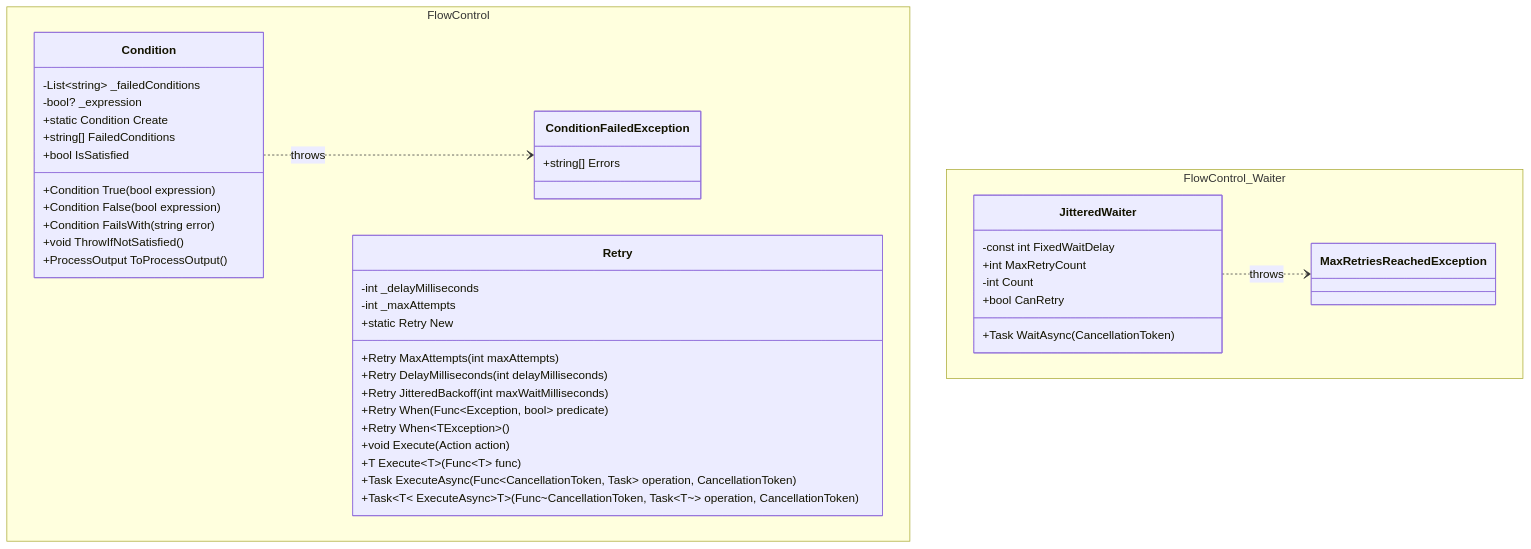
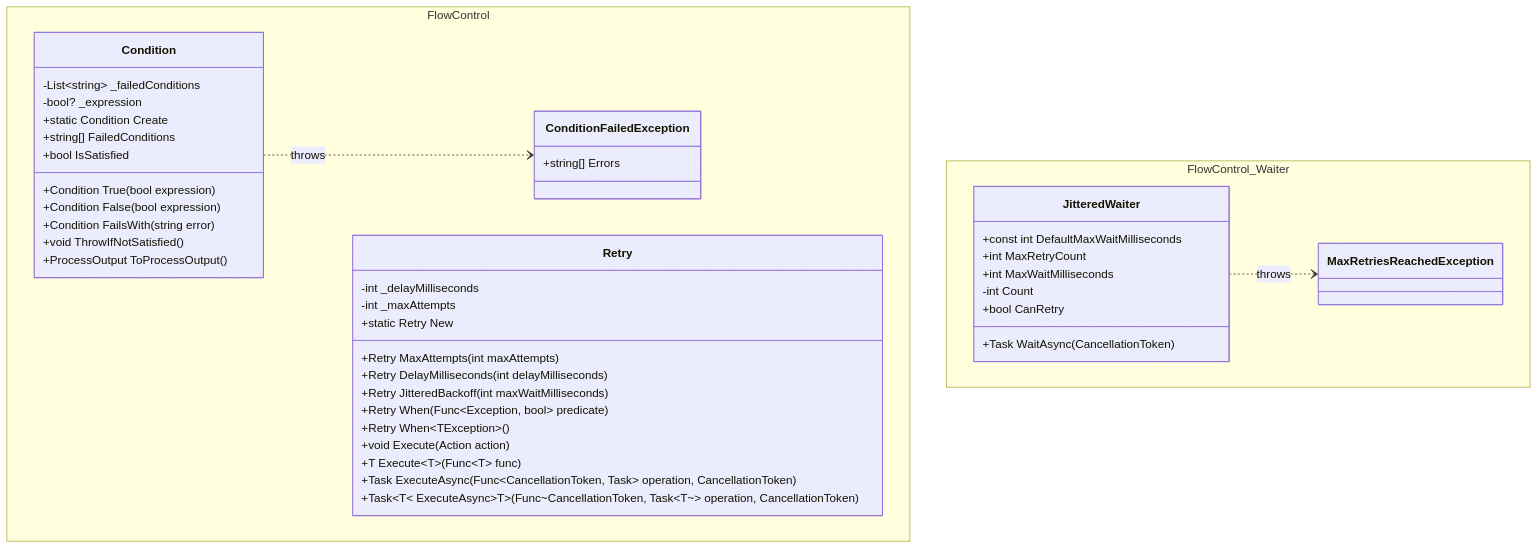
Before and after one commit to artur-rios/dotnet-util: the diagram in docs/content/en/docs/flow-control.md, drawn with Mermaid. The commit also changed 17 other files, not shown here.

````diff
--- a/docs/content/en/docs/flow-control.md
+++ b/docs/content/en/docs/flow-control.md
@@ -18,46 +18,47 @@
 ```mermaid
 classDiagram
     namespace FlowControl {
         class Condition {
             -List~string~ _failedConditions
             -bool? _expression
             +static Condition Create
             +string[] FailedConditions
             +bool IsSatisfied
             +Condition True(bool expression)
             +Condition False(bool expression)
             +Condition FailsWith(string error)
             +void ThrowIfNotSatisfied()
             +ProcessOutput ToProcessOutput()
         }
         class ConditionFailedException {
             +string[] Errors
         }
         class Retry {
             -int _delayMilliseconds
             -int _maxAttempts
             +static Retry New
             +Retry MaxAttempts(int maxAttempts)
             +Retry DelayMilliseconds(int delayMilliseconds)
             +Retry JitteredBackoff(int maxWaitMilliseconds)
             +Retry When(Func~Exception, bool~ predicate)
             +Retry When~TException~()
             +void Execute(Action action)
             +T Execute~T~(Func~T~ func)
             +Task ExecuteAsync(Func~CancellationToken, Task~ operation, CancellationToken)
             +Task~T~ ExecuteAsync~T~(Func~CancellationToken, Task~T~~ operation, CancellationToken)
         }
     }
     namespace FlowControl_Waiter {
         class JitteredWaiter {
-            -const int FixedWaitDelay
+            +const int DefaultMaxWaitMilliseconds
             +int MaxRetryCount
+            +int MaxWaitMilliseconds
             -int Count
             +bool CanRetry
             +Task WaitAsync(CancellationToken)
         }
         class MaxRetriesReachedException
     }
     Condition ..> ConditionFailedException : throws
     JitteredWaiter ..> MaxRetriesReachedException : throws
 ```
````
